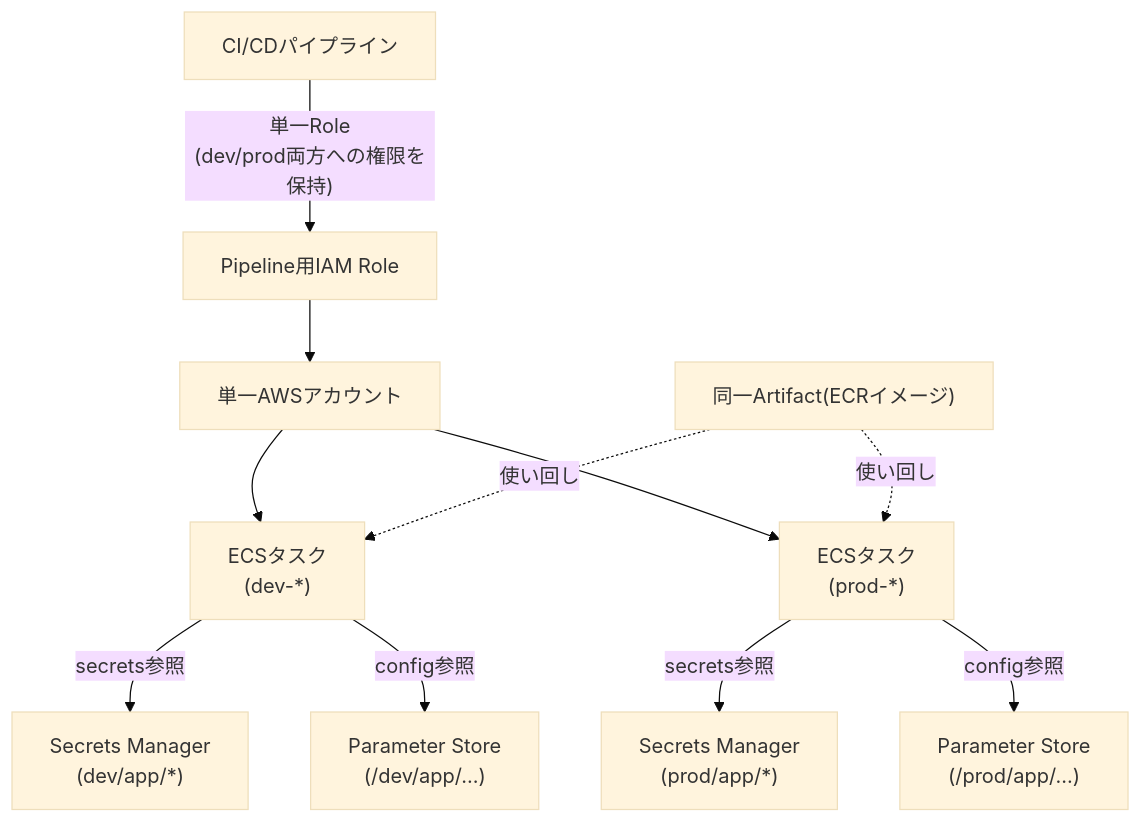
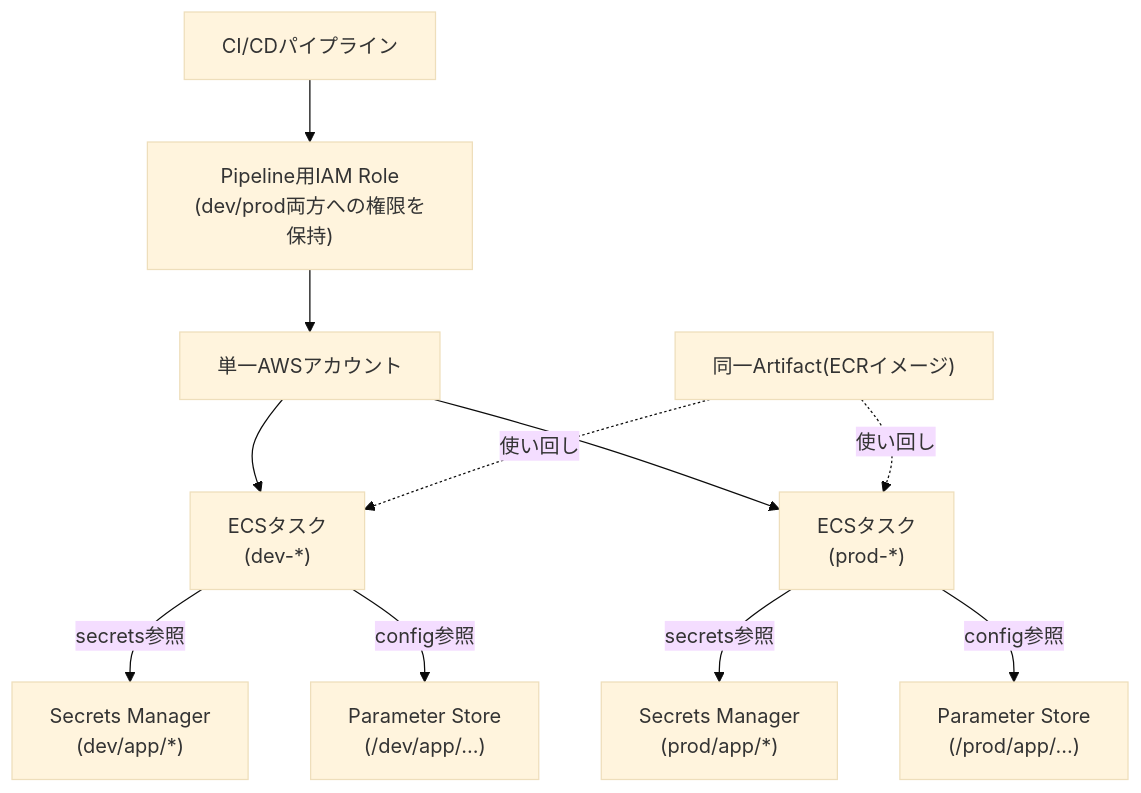
The second of 2 diagrams in 01_it-fundamentals/09_iac_devops/03_environments_and_secrets.md (r-kurosu/technology-knowledgebase), drawn with Mermaid (base theme) before and after one commit.

Commit message:
Auto-commit: 01_it-fundamentals/09_iac_devops/03_environments_and_secrets.md (2026-07-28 08:54)
01_it-fundamentals/09_iac_devops/03_environments_and_secrets.md

````diff
--- a/01_it-fundamentals/09_iac_devops/03_environments_and_secrets.md
+++ b/01_it-fundamentals/09_iac_devops/03_environments_and_secrets.md
@@ -110,14 +110,14 @@
 ```mermaid
 graph TD
-    Pipeline["CI/CDパイプライン"] -->|"単一Role<br/>(dev/prod両方への権限を保持)"| Role["Pipeline用IAM Role"]
+    Pipeline["CI/CDパイプライン"] --> Role["Pipeline用IAM Role<br/>(dev/prod両方への権限を保持)"]
     Role --> Account["単一AWSアカウント"]
     Account --> DevECS["ECSタスク<br/>(dev-*)"]
     Account --> ProdECS["ECSタスク<br/>(prod-*)"]
     DevECS -->|"secrets参照"| DevSecrets["Secrets Manager<br/>(dev/app/*)"]
     DevECS -->|"config参照"| DevParams["Parameter Store<br/>(/dev/app/...)"]
     ProdECS -->|"secrets参照"| ProdSecrets["Secrets Manager<br/>(prod/app/*)"]
     ProdECS -->|"config参照"| ProdParams["Parameter Store<br/>(/prod/app/...)"]
 
     Artifact["同一Artifact(ECRイメージ)"] -.->|"使い回し"| DevECS
     Artifact -.->|"使い回し"| ProdECS
 ```
````
